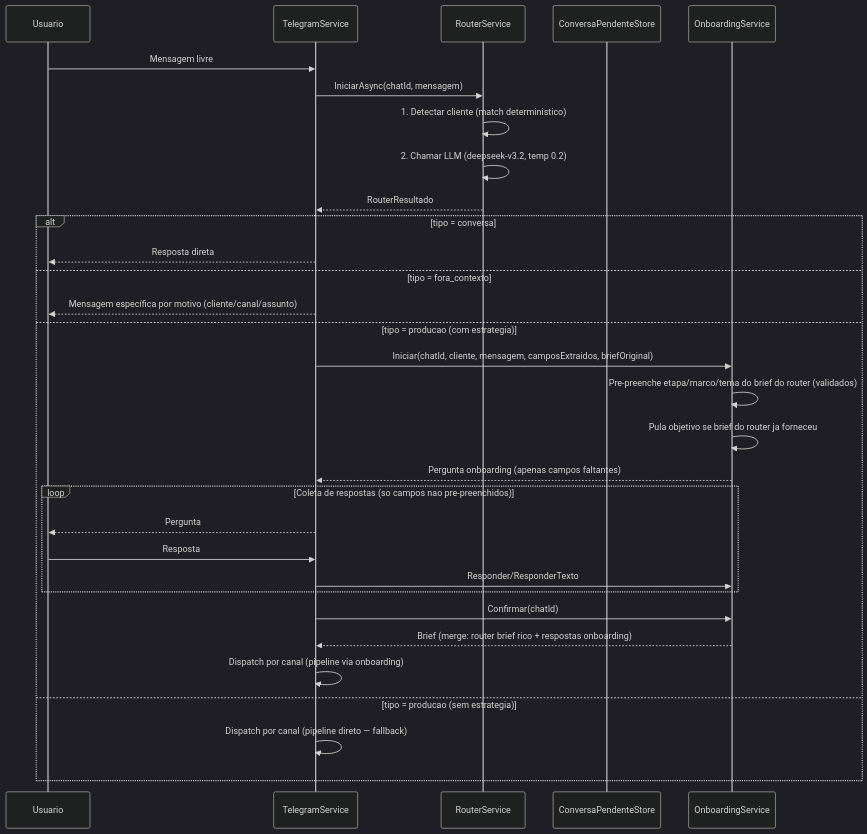
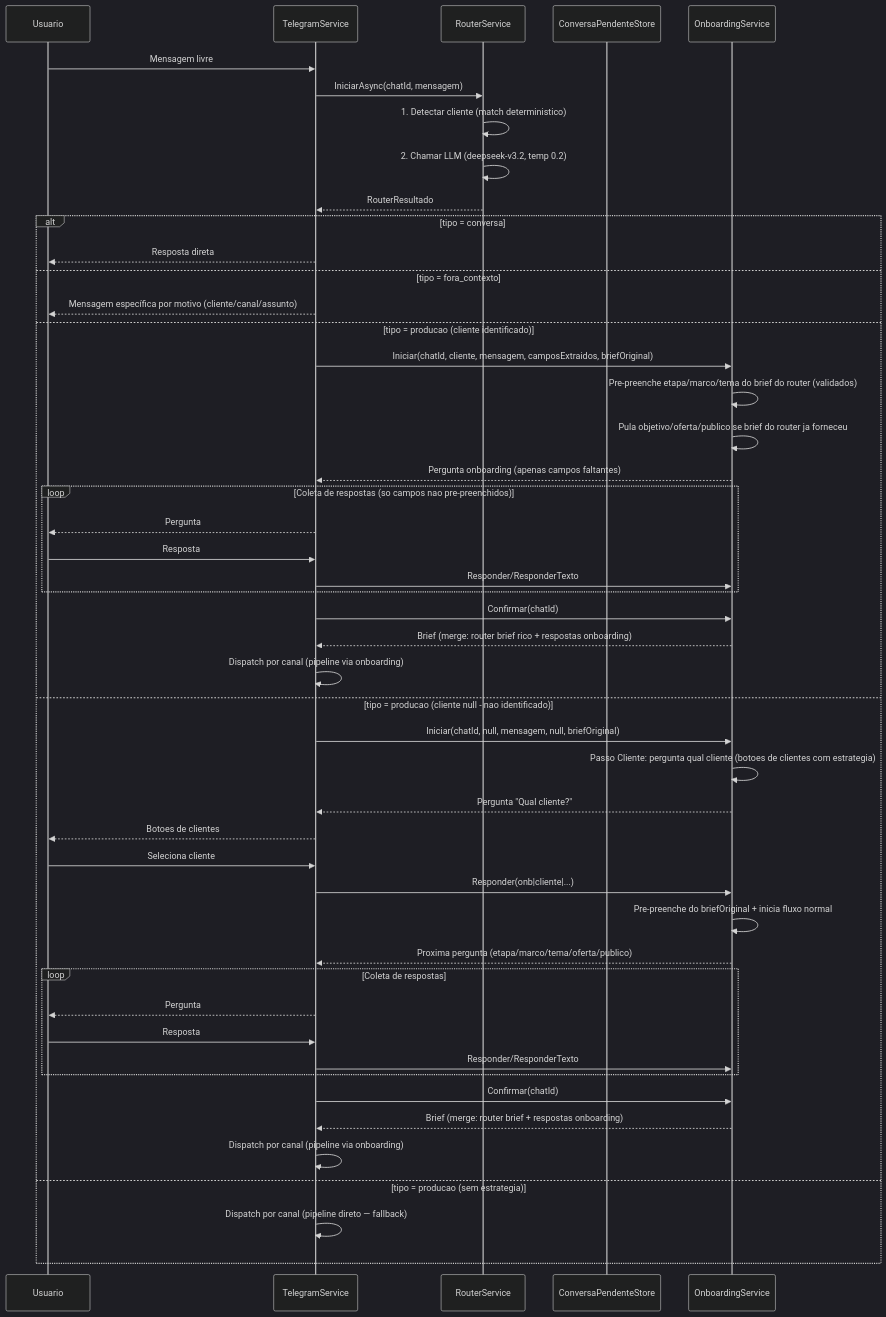
One commit to joaopedro-marques/suspira.fluxo.demo changed the second of 7 diagrams in docs/ARCHITECTURE.md. Above: the diagram before and after it, drawn with Mermaid (dark theme). The commit also changed other lines of this file, not shown here.

Commit message:
docs: atualizar ARCHITECTURE.md com novos passos do onboarding e fixes
- Diagrama do router: adiciona caso cliente null → onboarding pergunta
  'Qual cliente?' com botoes de clientes com estrategia
- Onboarding: menciona novos passos (Oferta, Publico) e pre-preenchimento
- StepImagemHero: documenta fallback por score (tema sem match → score)
  e deteccao de extensao por magic bytes (PNG/JPEG/GIF/WebP)
- StepDiagramacaoEmail: documenta prompt reforçado (nomes exatos)
- StepAssetsEmail: documenta sanitização de tags <img> não resolvidas

484 testes passando

````diff
--- a/docs/ARCHITECTURE.md
+++ b/docs/ARCHITECTURE.md
@@ -67,36 +67,53 @@
 ```mermaid
 sequenceDiagram
     participant U as Usuario
     participant T as TelegramService
     participant R as RouterService
     participant PS as ConversaPendenteStore
     participant O as OnboardingService
     
     U->>T: Mensagem livre
     T->>R: IniciarAsync(chatId, mensagem)
     
     R->>R: 1. Detectar cliente (match deterministico)
     R->>R: 2. Chamar LLM (deepseek-v3.2, temp 0.2)
     R-->>T: RouterResultado
     
     alt tipo = conversa
         T-->>U: Resposta direta
     else tipo = fora_contexto
         T-->>U: Mensagem específica por motivo (cliente/canal/assunto)
-    else tipo = producao (com estrategia)
+    else tipo = producao (cliente identificado)
         T->>O: Iniciar(chatId, cliente, mensagem, camposExtraidos, briefOriginal)
         O->>O: Pre-preenche etapa/marco/tema do brief do router (validados)
-        O->>O: Pula objetivo se brief do router ja forneceu
+        O->>O: Pula objetivo/oferta/publico se brief do router ja forneceu
         O-->>T: Pergunta onboarding (apenas campos faltantes)
         loop Coleta de respostas (so campos nao pre-preenchidos)
             T-->>U: Pergunta
             U->>T: Resposta
             T->>O: Responder/ResponderTexto
         end
         T->>O: Confirmar(chatId)
         O-->>T: Brief (merge: router brief rico + respostas onboarding)
         T->>T: Dispatch por canal (pipeline via onboarding)
+    else tipo = producao (cliente null - nao identificado)
+        T->>O: Iniciar(chatId, null, mensagem, null, briefOriginal)
+        O->>O: Passo Cliente: pergunta qual cliente (botoes de clientes com estrategia)
+        O-->>T: Pergunta "Qual cliente?"
+        T-->>U: Botoes de clientes
+        U->>T: Seleciona cliente
+        T->>O: Responder(onb|cliente|...)
+        O->>O: Pre-preenche do briefOriginal + inicia fluxo normal
+        O-->>T: Proxima pergunta (etapa/marco/tema/oferta/publico)
+        loop Coleta de respostas
+            T-->>U: Pergunta
+            U->>T: Resposta
+            T->>O: Responder/ResponderTexto
+        end
+        T->>O: Confirmar(chatId)
+        O-->>T: Brief (merge: router brief + respostas onboarding)
+        T->>T: Dispatch por canal (pipeline via onboarding)
     else tipo = producao (sem estrategia)
         T->>T: Dispatch por canal (pipeline direto — fallback)
     end
 ```
````
